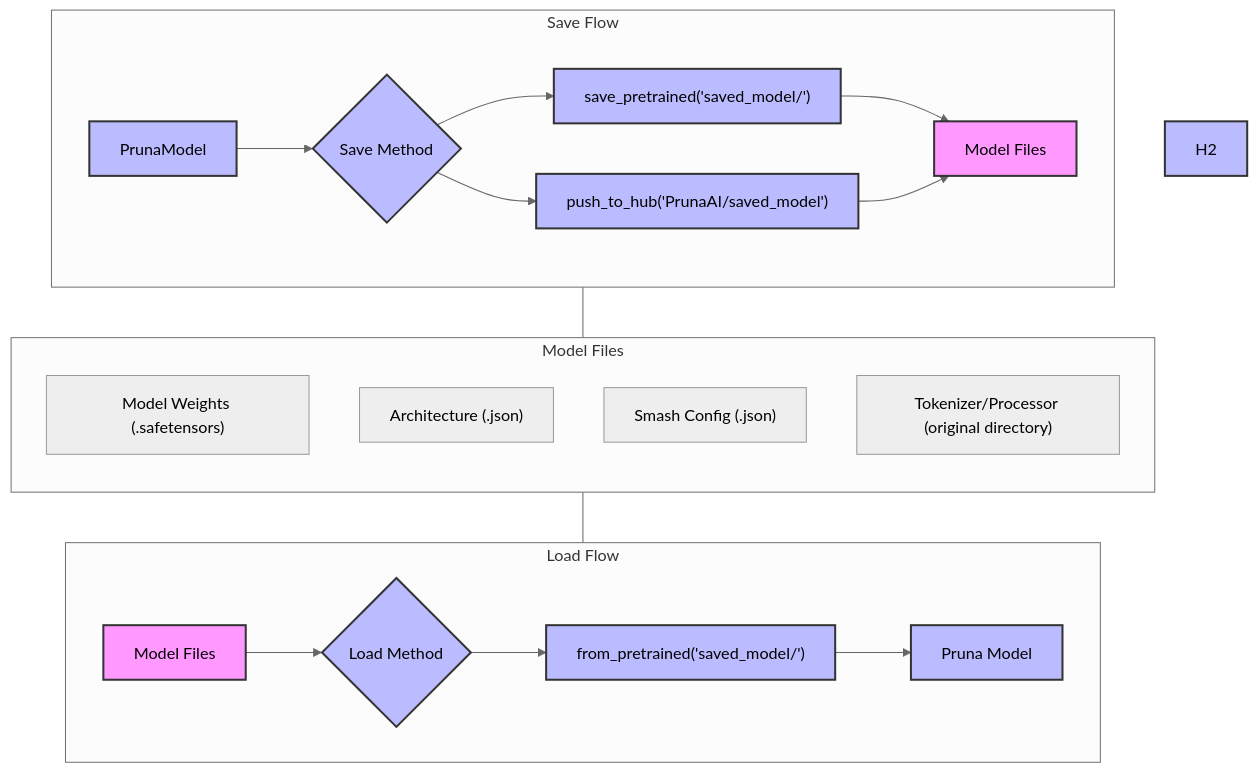
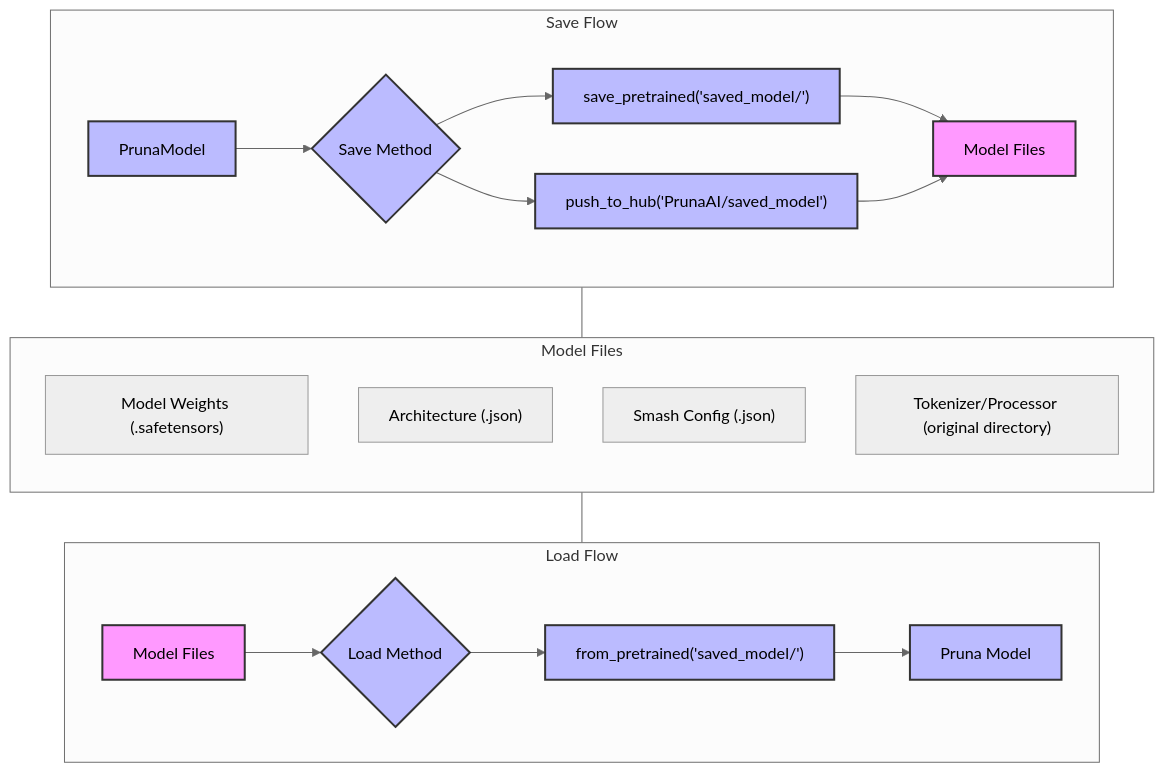
Before and after one commit to Supakornn/pruna: the diagram in docs/user_manual/save_load.rst, drawn with Mermaid (neutral theme). The commit also changed 9 other files, not shown here.

```diff
--- a/docs/user_manual/save_load.rst
+++ b/docs/user_manual/save_load.rst
@@ -15,41 +15,40 @@
 .. mermaid::
     :align: center
 
     flowchart TB
         subgraph LoadFlow["Load Flow"]
             direction LR
             F["Model Files"] --> G{"Load Method"}
             G --> H1["from_pretrained('saved_model/')"]
             H1 --> I["Pruna Model"]
         end
 
         subgraph Model["Model Files"]
             direction TB
             E1["Model Weights (.safetensors)"]
             E2["Architecture (.json)"]
             E3["Smash Config (.json)"]
             E4["Tokenizer/Processor (original directory)"]
         end
 
         subgraph SaveFlow["Save Flow"]
             direction LR
             A["PrunaModel"] --> B{"Save Method"}
             B --> C1["save_pretrained('saved_model/')"]
             B --> C2["push_to_hub('PrunaAI/saved_model')"]
             C1 --> D["Model Files"]
             C2 --> D
         end
 
         SaveFlow --- Model
         Model --- LoadFlow
 
         style A fill:#bbf,stroke:#333,stroke-width:2px
         style F fill:#f9f,stroke:#333,stroke-width:2px
         style G fill:#bbf,stroke:#333,stroke-width:2px
         style H1 fill:#bbf,stroke:#333,stroke-width:2px
-        style H2 fill:#bbf,stroke:#333,stroke-width:2px
         style I fill:#bbf,stroke:#333,stroke-width:2px
         style B fill:#bbf,stroke:#333,stroke-width:2px
         style C1 fill:#bbf,stroke:#333,stroke-width:2px
         style C2 fill:#bbf,stroke:#333,stroke-width:2px
         style D fill:#f9f,stroke:#333,stroke-width:2px
```
